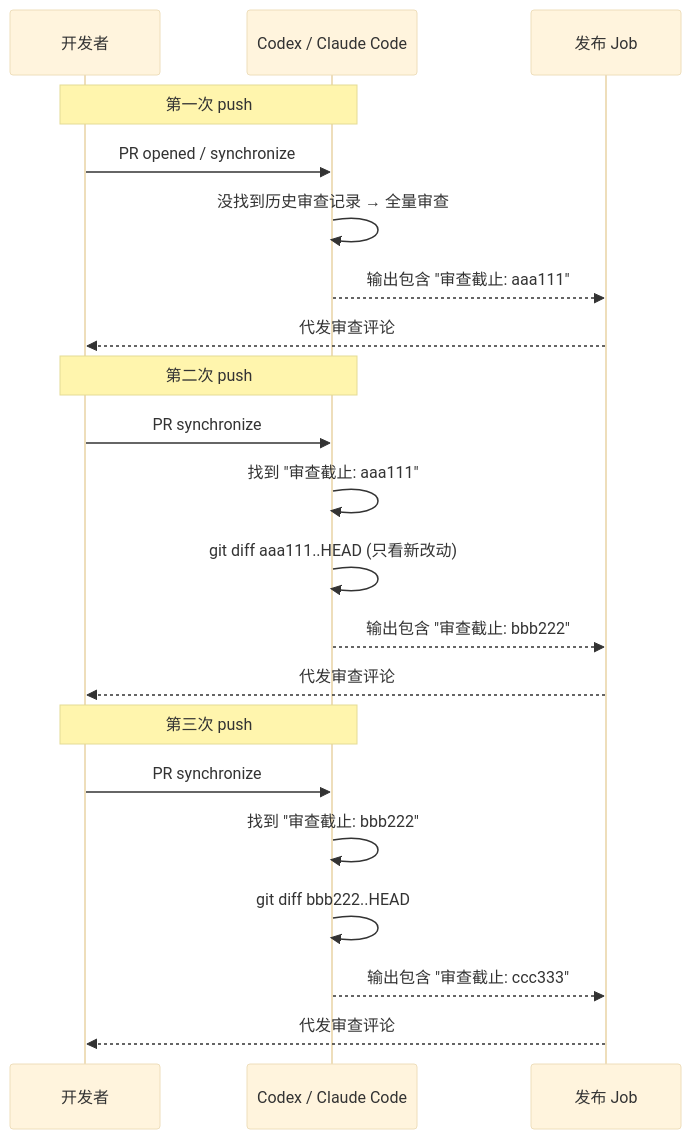
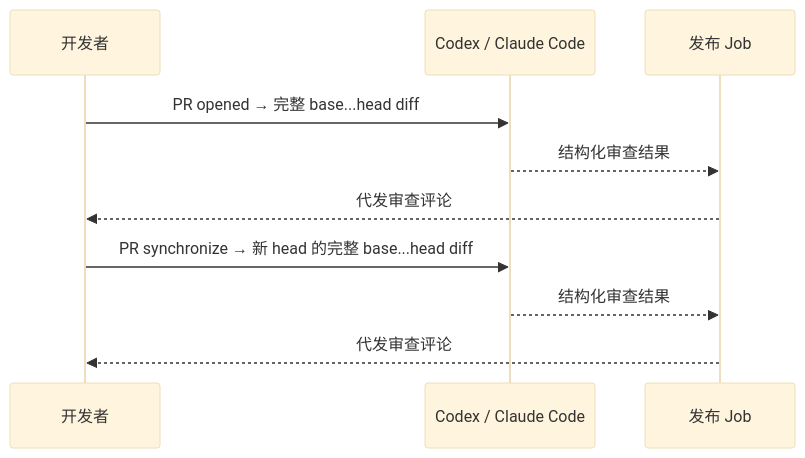
Before and after one commit to Lightspeed-Intelligence/agentic-workflow-template: the sixth of 13 diagrams in docs/code-review-design.md, drawn with Mermaid (base theme). The commit also changed other lines of this file and 3 other files, not shown here.

````diff
--- a/docs/code-review-design.md
+++ b/docs/code-review-design.md
@@ -191,26 +181,14 @@
 ```mermaid
 sequenceDiagram
     participant Dev as 开发者
     participant AI as Codex / Claude Code
     participant Pub as 发布 Job
 
-    Note over Dev,AI: 第一次 push
-    Dev->>AI: PR opened / synchronize
-    AI->>AI: 没找到历史审查记录 → 全量审查
-    AI-->>Pub: 输出包含 "审查截止: aaa111"
+    Dev->>AI: PR opened → 完整 base...head diff
+    AI-->>Pub: 结构化审查结果
     Pub-->>Dev: 代发审查评论
 
-    Note over Dev,AI: 第二次 push
-    Dev->>AI: PR synchronize
-    AI->>AI: 找到 "审查截止: aaa111"
-    AI->>AI: git diff aaa111..HEAD (只看新改动)
-    AI-->>Pub: 输出包含 "审查截止: bbb222"
-    Pub-->>Dev: 代发审查评论
-
-    Note over Dev,AI: 第三次 push
-    Dev->>AI: PR synchronize
-    AI->>AI: 找到 "审查截止: bbb222"
-    AI->>AI: git diff bbb222..HEAD
-    AI-->>Pub: 输出包含 "审查截止: ccc333"
+    Dev->>AI: PR synchronize → 新 head 的完整 base...head diff
+    AI-->>Pub: 结构化审查结果
     Pub-->>Dev: 代发审查评论
 ```
````
